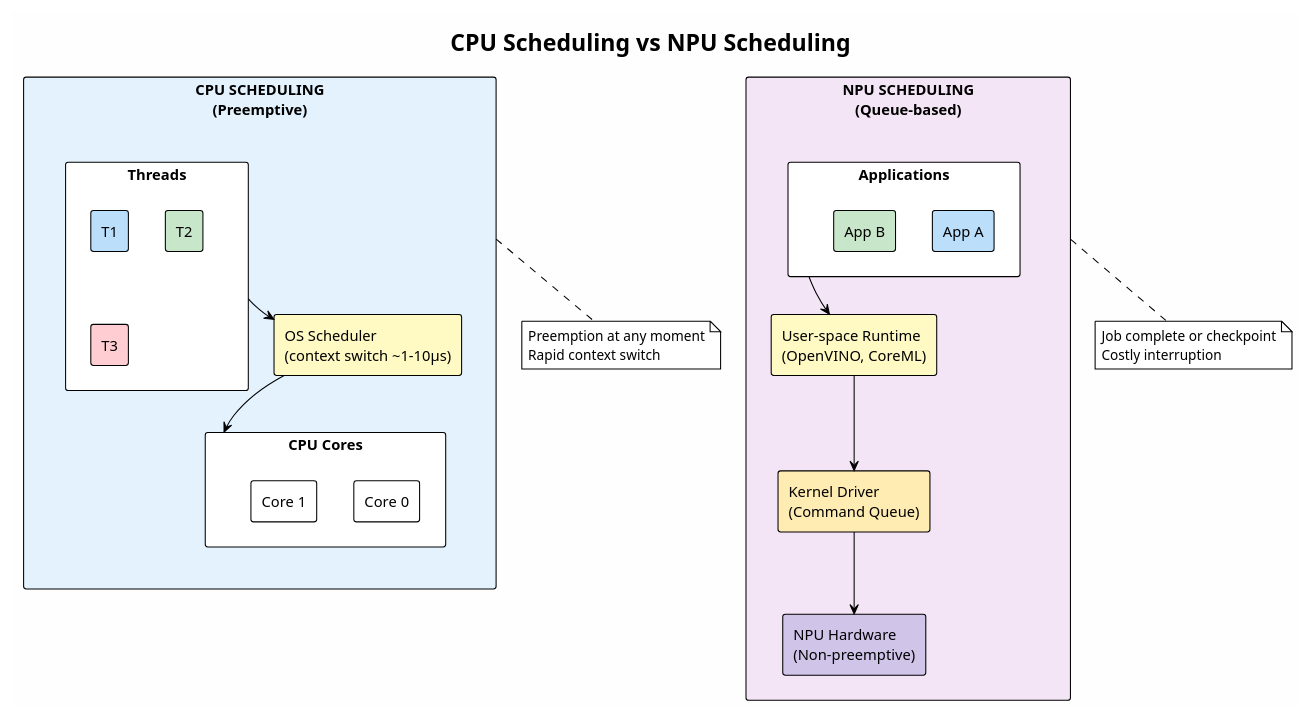
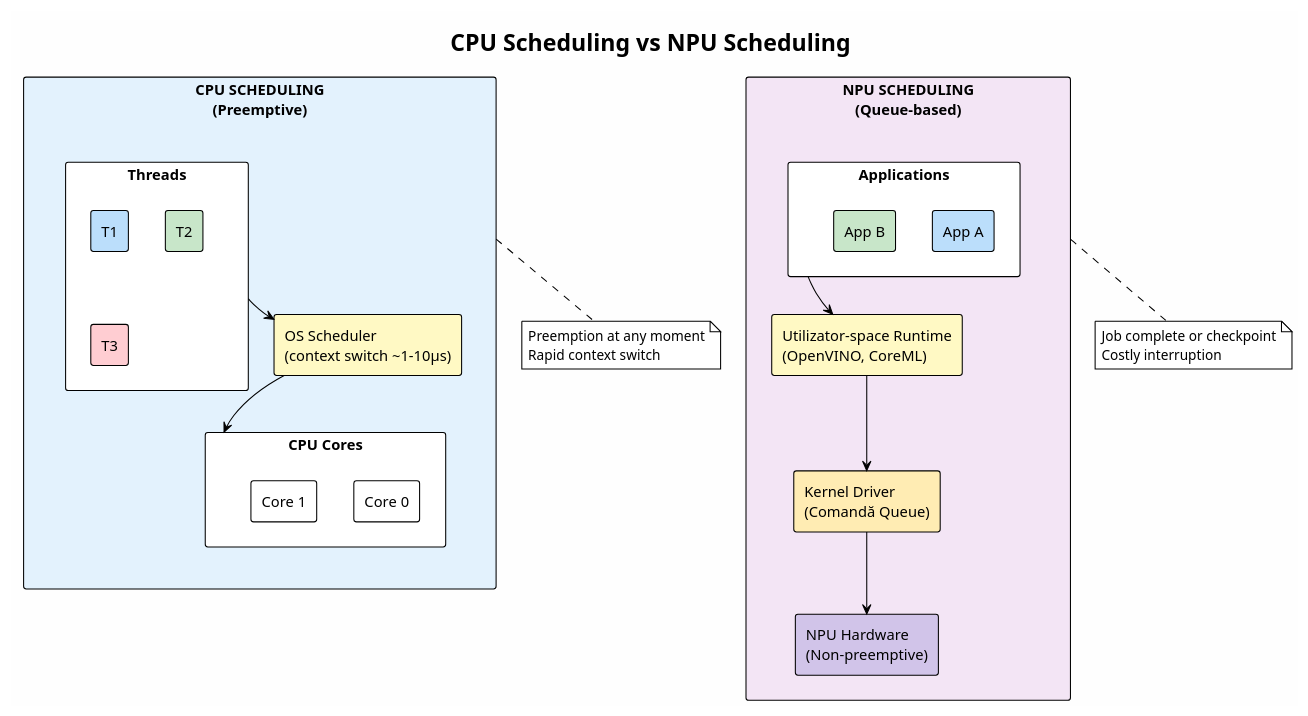
One commit to antonioclim/ENos changed the diagram in 05_LECTURES/18supp-NPU_Integration_in_Operating_Systems/diagrams/04_npu_vs_cpu_scheduling.puml. Above: the diagram before and after it, drawn with PlantUML. The commit also changed 32 other files, not shown here.

```diff
--- a/05_LECTURES/18supp-NPU_Integration_in_Operating_Systems/diagrams/04_npu_vs_cpu_scheduling.puml
+++ b/05_LECTURES/18supp-NPU_Integration_in_Operating_Systems/diagrams/04_npu_vs_cpu_scheduling.puml
@@ -1,54 +1,54 @@
 @startuml 04_npu_vs_cpu_scheduling
 !theme plain
 skinparam backgroundColor #FEFEFE
 
 title CPU Scheduling vs NPU Scheduling
 
 rectangle "CPU SCHEDULING\n(Preemptive)" as cpu_sched #E3F2FD {
     
     rectangle "Threads" as threads {
         rectangle "T1" as t1 #BBDEFB
         rectangle "T2" as t2 #C8E6C9
         rectangle "T3" as t3 #FFCDD2
     }
     
     rectangle "OS Scheduler\n(context switch ~1-10μs)" as os #FFF9C4
     
     rectangle "CPU Cores" as cores {
         rectangle "Core 0" as c0
         rectangle "Core 1" as c1
     }
     
     threads --> os
     os --> cores
 }
 
 rectangle "NPU SCHEDULING\n(Queue-based)" as npu_sched #F3E5F5 {
     
     rectangle "Applications" as apps {
         rectangle "App A" as a1 #BBDEFB
         rectangle "App B" as a2 #C8E6C9
     }
     
-    rectangle "User-space Runtime\n(OpenVINO, CoreML)" as runtime #FFF9C4
+    rectangle "Utilizator-space Runtime\n(OpenVINO, CoreML)" as runtime #FFF9C4
     
-    rectangle "Kernel Driver\n(Command Queue)" as driver #FFECB3
+    rectangle "Kernel Driver\n(Comandă Queue)" as driver #FFECB3
     
     rectangle "NPU Hardware\n(Non-preemptive)" as npu_hw #D1C4E9
     
     apps --> runtime
     runtime --> driver
     driver --> npu_hw
 }
 
 note bottom of cpu_sched
   Preemption at any moment
   Rapid context switch
 end note
 
 note bottom of npu_sched
   Job complete or checkpoint
   Costly interruption
 end note
 
 @enduml
```
